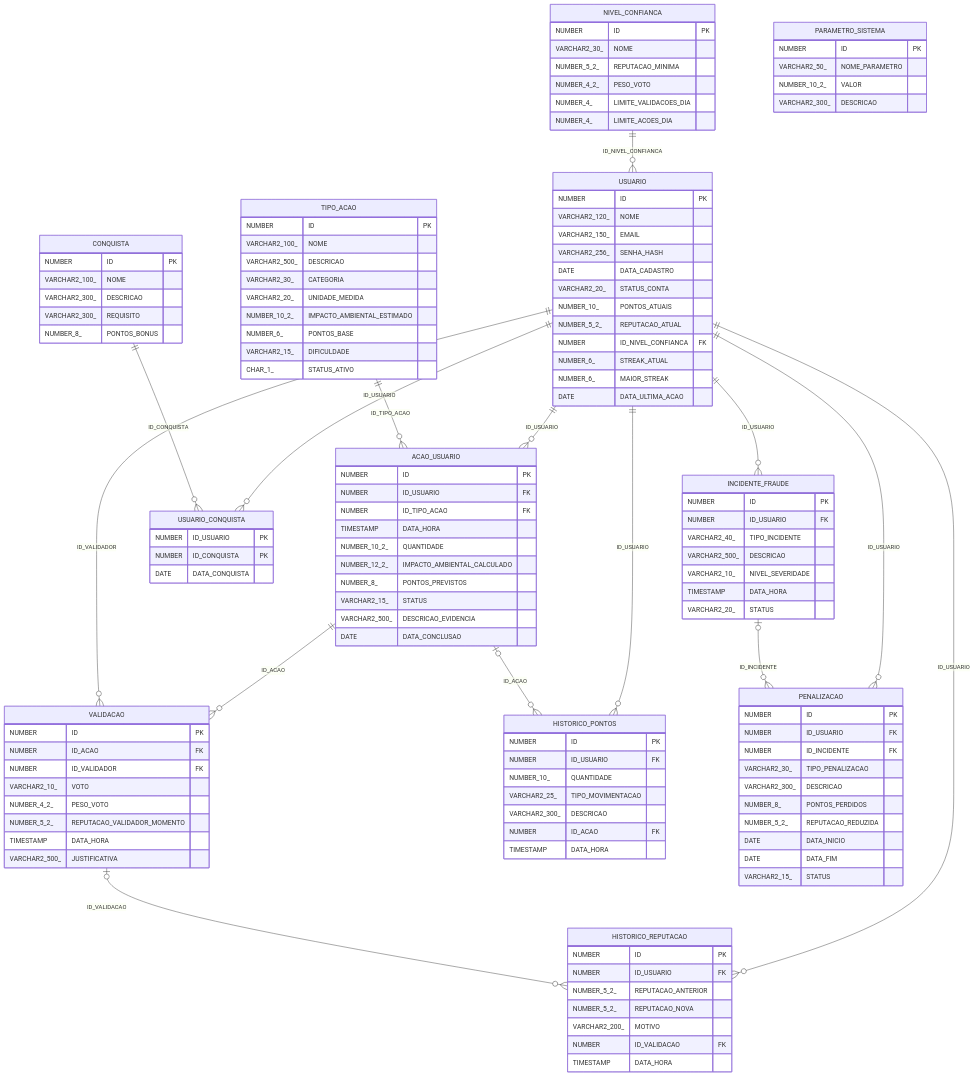
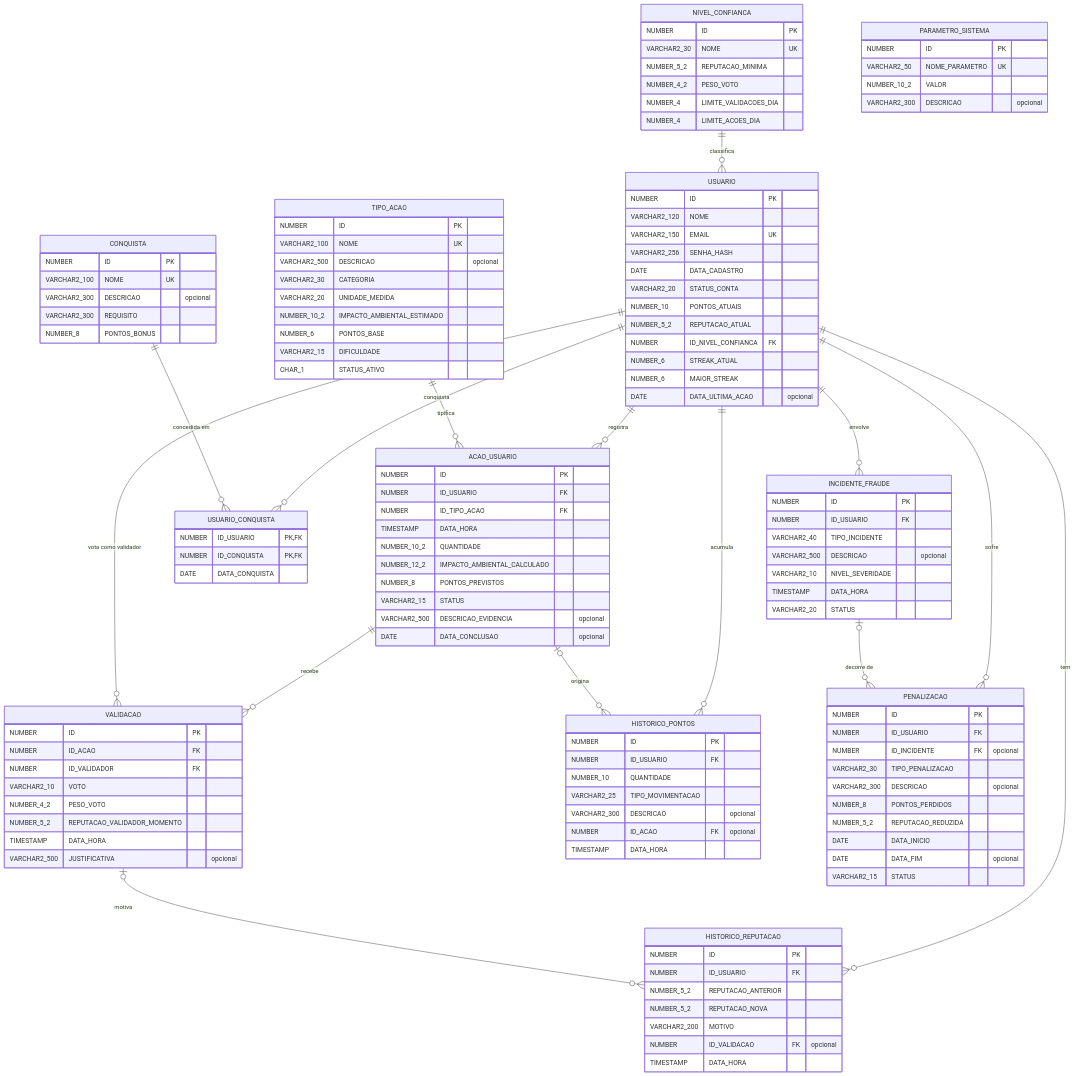
Before and after one commit to PedroDaniel7/heaven-java-api: the diagram in docs/mer.mmd, drawn with Mermaid.

Commit message:
Regenera o MER a partir do DDL real

```diff
--- a/docs/mer.mmd
+++ b/docs/mer.mmd
@@ -1,127 +1,128 @@
 erDiagram
   NIVEL_CONFIANCA {
     NUMBER ID PK
-    VARCHAR2_30_ NOME
-    NUMBER_5_2_ REPUTACAO_MINIMA
-    NUMBER_4_2_ PESO_VOTO
-    NUMBER_4_ LIMITE_VALIDACOES_DIA
-    NUMBER_4_ LIMITE_ACOES_DIA
+    VARCHAR2_30 NOME UK
+    NUMBER_5_2 REPUTACAO_MINIMA
+    NUMBER_4_2 PESO_VOTO
+    NUMBER_4 LIMITE_VALIDACOES_DIA
+    NUMBER_4 LIMITE_ACOES_DIA
   }
   USUARIO {
     NUMBER ID PK
-    VARCHAR2_120_ NOME
-    VARCHAR2_150_ EMAIL
-    VARCHAR2_256_ SENHA_HASH
+    VARCHAR2_120 NOME
+    VARCHAR2_150 EMAIL UK
+    VARCHAR2_256 SENHA_HASH
     DATE DATA_CADASTRO
-    VARCHAR2_20_ STATUS_CONTA
-    NUMBER_10_ PONTOS_ATUAIS
-    NUMBER_5_2_ REPUTACAO_ATUAL
+    VARCHAR2_20 STATUS_CONTA
+    NUMBER_10 PONTOS_ATUAIS
+    NUMBER_5_2 REPUTACAO_ATUAL
     NUMBER ID_NIVEL_CONFIANCA FK
-    NUMBER_6_ STREAK_ATUAL
-    NUMBER_6_ MAIOR_STREAK
-    DATE DATA_ULTIMA_ACAO
+    NUMBER_6 STREAK_ATUAL
+    NUMBER_6 MAIOR_STREAK
+    DATE DATA_ULTIMA_ACAO "opcional"
   }
   TIPO_ACAO {
     NUMBER ID PK
-    VARCHAR2_100_ NOME
-    VARCHAR2_500_ DESCRICAO
-    VARCHAR2_30_ CATEGORIA
-    VARCHAR2_20_ UNIDADE_MEDIDA
-    NUMBER_10_2_ IMPACTO_AMBIENTAL_ESTIMADO
-    NUMBER_6_ PONTOS_BASE
-    VARCHAR2_15_ DIFICULDADE
-    CHAR_1_ STATUS_ATIVO
+    VARCHAR2_100 NOME UK
+    VARCHAR2_500 DESCRICAO "opcional"
+    VARCHAR2_30 CATEGORIA
+    VARCHAR2_20 UNIDADE_MEDIDA
+    NUMBER_10_2 IMPACTO_AMBIENTAL_ESTIMADO
+    NUMBER_6 PONTOS_BASE
+    VARCHAR2_15 DIFICULDADE
+    CHAR_1 STATUS_ATIVO
   }
   ACAO_USUARIO {
     NUMBER ID PK
     NUMBER ID_USUARIO FK
     NUMBER ID_TIPO_ACAO FK
     TIMESTAMP DATA_HORA
-    NUMBER_10_2_ QUANTIDADE
-    NUMBER_12_2_ IMPACTO_AMBIENTAL_CALCULADO
-    NUMBER_8_ PONTOS_PREVISTOS
-    VARCHAR2_15_ STATUS
-    VARCHAR2_500_ DESCRICAO_EVIDENCIA
-    DATE DATA_CONCLUSAO
+    NUMBER_10_2 QUANTIDADE
+    NUMBER_12_2 IMPACTO_AMBIENTAL_CALCULADO
+    NUMBER_8 PONTOS_PREVISTOS
+    VARCHAR2_15 STATUS
+    VARCHAR2_500 DESCRICAO_EVIDENCIA "opcional"
+    DATE DATA_CONCLUSAO "opcional"
   }
   VALIDACAO {
     NUMBER ID PK
     NUMBER ID_ACAO FK
     NUMBER ID_VALIDADOR FK
-    VARCHAR2_10_ VOTO
-    NUMBER_4_2_ PESO_VOTO
-    NUMBER_5_2_ REPUTACAO_VALIDADOR_MOMENTO
+    VARCHAR2_10 VOTO
+    NUMBER_4_2 PESO_VOTO
+    NUMBER_5_2 REPUTACAO_VALIDADOR_MOMENTO
     TIMESTAMP DATA_HORA
-    VARCHAR2_500_ JUSTIFICATIVA
+    VARCHAR2_500 JUSTIFICATIVA "opcional"
   }
   HISTORICO_PONTOS {
     NUMBER ID PK
     NUMBER ID_USUARIO FK
-    NUMBER_10_ QUANTIDADE
-    VARCHAR2_25_ TIPO_MOVIMENTACAO
-    VARCHAR2_300_ DESCRICAO
-    NUMBER ID_ACAO FK
+    NUMBER_10 QUANTIDADE
+    VARCHAR2_25 TIPO_MOVIMENTACAO
+    VARCHAR2_300 DESCRICAO "opcional"
+    NUMBER ID_ACAO FK "opcional"
     TIMESTAMP DATA_HORA
   }
   HISTORICO_REPUTACAO {
     NUMBER ID PK
     NUMBER ID_USUARIO FK
-    NUMBER_5_2_ REPUTACAO_ANTERIOR
-    NUMBER_5_2_ REPUTACAO_NOVA
-    VARCHAR2_200_ MOTIVO
-    NUMBER ID_VALIDACAO FK
+    NUMBER_5_2 REPUTACAO_ANTERIOR
+    NUMBER_5_2 REPUTACAO_NOVA
+    VARCHAR2_200 MOTIVO
+    NUMBER ID_VALIDACAO FK "opcional"
     TIMESTAMP DATA_HORA
   }
   CONQUISTA {
     NUMBER ID PK
-    VARCHAR2_100_ NOME
-    VARCHAR2_300_ DESCRICAO
-    VARCHAR2_300_ REQUISITO
-    NUMBER_8_ PONTOS_BONUS
+    VARCHAR2_100 NOME UK
+    VARCHAR2_300 DESCRICAO "opcional"
+    VARCHAR2_300 REQUISITO
+    NUMBER_8 PONTOS_BONUS
   }
   USUARIO_CONQUISTA {
-    NUMBER ID_USUARIO PK
-    NUMBER ID_CONQUISTA PK
+    NUMBER ID_USUARIO PK, FK
+    NUMBER ID_CONQUISTA PK, FK
     DATE DATA_CONQUISTA
   }
   INCIDENTE_FRAUDE {
     NUMBER ID PK
     NUMBER ID_USUARIO FK
-    VARCHAR2_40_ TIPO_INCIDENTE
-    VARCHAR2_500_ DESCRICAO
-    VARCHAR2_10_ NIVEL_SEVERIDADE
+    VARCHAR2_40 TIPO_INCIDENTE
+    VARCHAR2_500 DESCRICAO "opcional"
+    VARCHAR2_10 NIVEL_SEVERIDADE
     TIMESTAMP DATA_HORA
-    VARCHAR2_20_ STATUS
+    VARCHAR2_20 STATUS
   }
   PENALIZACAO {
     NUMBER ID PK
     NUMBER ID_USUARIO FK
-    NUMBER ID_INCIDENTE FK
-    VARCHAR2_30_ TIPO_PENALIZACAO
-    VARCHAR2_300_ DESCRICAO
-    NUMBER_8_ PONTOS_PERDIDOS
-    NUMBER_5_2_ REPUTACAO_REDUZIDA
+    NUMBER ID_INCIDENTE FK "opcional"
+    VARCHAR2_30 TIPO_PENALIZACAO
+    VARCHAR2_300 DESCRICAO "opcional"
+    NUMBER_8 PONTOS_PERDIDOS
+    NUMBER_5_2 REPUTACAO_REDUZIDA
     DATE DATA_INICIO
-    DATE DATA_FIM
-    VARCHAR2_15_ STATUS
+    DATE DATA_FIM "opcional"
+    VARCHAR2_15 STATUS
   }
   PARAMETRO_SISTEMA {
     NUMBER ID PK
-    VARCHAR2_50_ NOME_PARAMETRO
-    NUMBER_10_2_ VALOR
-    VARCHAR2_300_ DESCRICAO
+    VARCHAR2_50 NOME_PARAMETRO UK
+    NUMBER_10_2 VALOR
+    VARCHAR2_300 DESCRICAO "opcional"
   }
-  NIVEL_CONFIANCA ||--o{ USUARIO : ID_NIVEL_CONFIANCA
-  USUARIO ||--o{ ACAO_USUARIO : ID_USUARIO
-  TIPO_ACAO ||--o{ ACAO_USUARIO : ID_TIPO_ACAO
-  ACAO_USUARIO ||--o{ VALIDACAO : ID_ACAO
-  USUARIO ||--o{ VALIDACAO : ID_VALIDADOR
-  USUARIO ||--o{ HISTORICO_PONTOS : ID_USUARIO
-  ACAO_USUARIO |o--o{ HISTORICO_PONTOS : ID_ACAO
-  USUARIO ||--o{ HISTORICO_REPUTACAO : ID_USUARIO
-  VALIDACAO |o--o{ HISTORICO_REPUTACAO : ID_VALIDACAO
-  USUARIO ||--o{ USUARIO_CONQUISTA : ID_USUARIO
-  CONQUISTA ||--o{ USUARIO_CONQUISTA : ID_CONQUISTA
-  USUARIO ||--o{ INCIDENTE_FRAUDE : ID_USUARIO
-  USUARIO ||--o{ PENALIZACAO : ID_USUARIO
-  INCIDENTE_FRAUDE |o--o{ PENALIZACAO : ID_INCIDENTE
+
+  NIVEL_CONFIANCA ||--o{ USUARIO : "classifica"
+  USUARIO ||--o{ ACAO_USUARIO : "registra"
+  TIPO_ACAO ||--o{ ACAO_USUARIO : "tipifica"
+  ACAO_USUARIO ||--o{ VALIDACAO : "recebe"
+  USUARIO ||--o{ VALIDACAO : "vota como validador"
+  USUARIO ||--o{ HISTORICO_PONTOS : "acumula"
+  ACAO_USUARIO |o--o{ HISTORICO_PONTOS : "origina"
+  USUARIO ||--o{ HISTORICO_REPUTACAO : "tem"
+  VALIDACAO |o--o{ HISTORICO_REPUTACAO : "motiva"
+  USUARIO ||--o{ USUARIO_CONQUISTA : "conquista"
+  CONQUISTA ||--o{ USUARIO_CONQUISTA : "concedida em"
+  USUARIO ||--o{ INCIDENTE_FRAUDE : "envolve"
+  USUARIO ||--o{ PENALIZACAO : "sofre"
+  INCIDENTE_FRAUDE |o--o{ PENALIZACAO : "decorre de"
```
